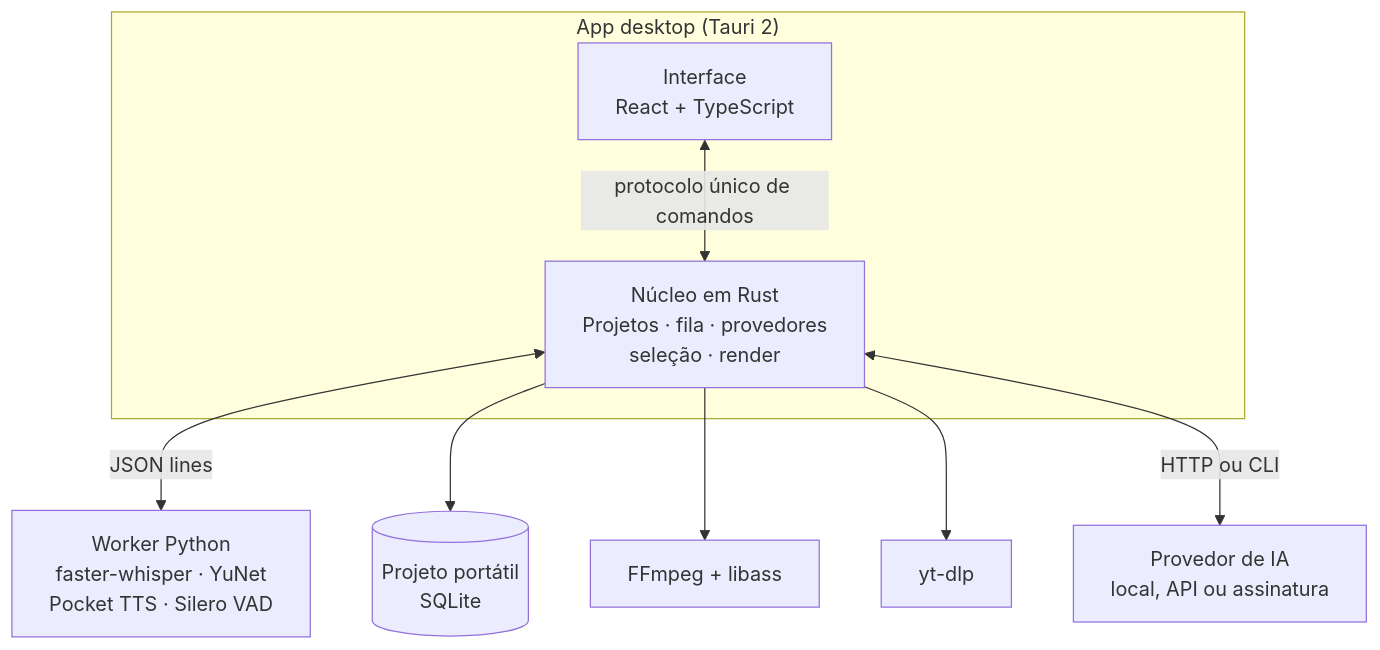
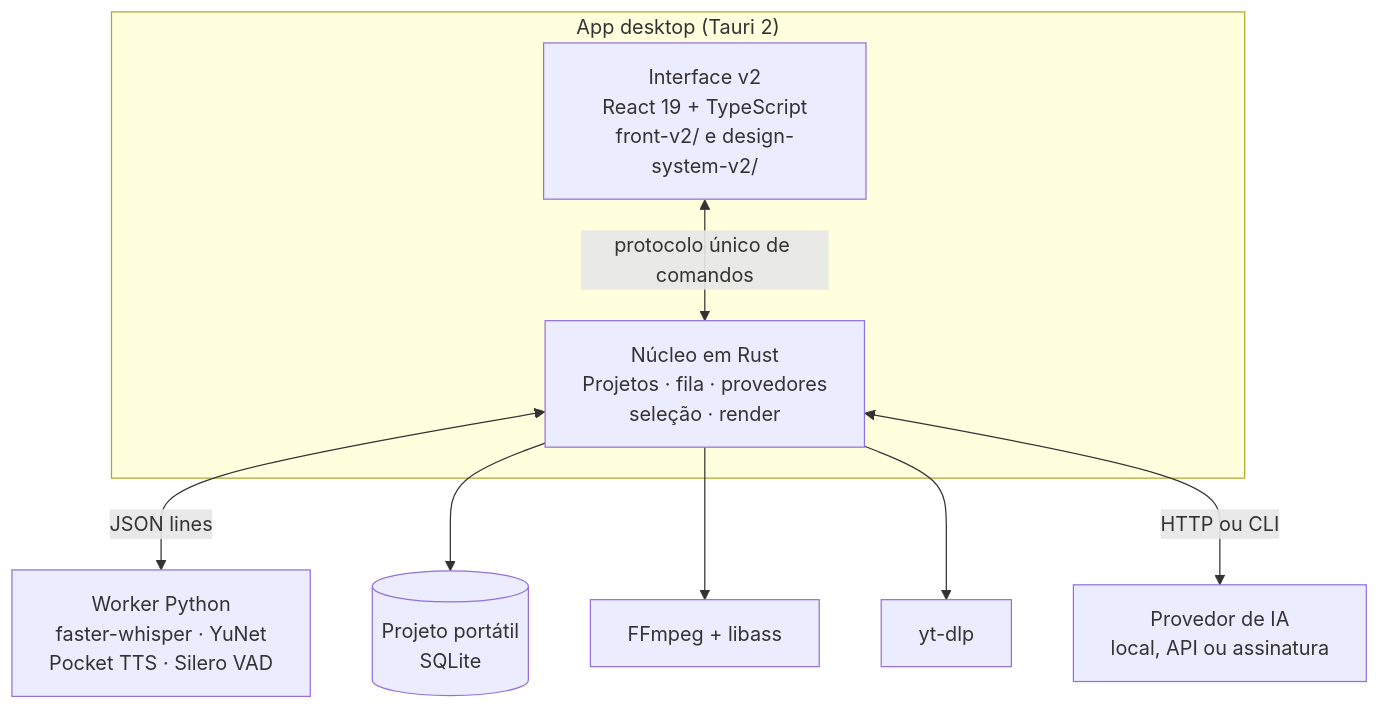
The second of 2 diagrams in README.md (GUSTAVOHOOO/clipes), drawn with Mermaid before and after one commit. The commit also changed other lines of this file and 2 other files, not shown here.

````diff
--- a/README.md
+++ b/README.md
@@ -214,13 +274,13 @@
 ```mermaid
 flowchart TB
     subgraph app["App desktop (Tauri 2)"]
-        UI["Interface<br/>React + TypeScript"]
+        UI["Interface v2<br/>React 19 + TypeScript<br/>front-v2/ e design-system-v2/"]
         CORE["Núcleo em Rust<br/>Projetos · fila · provedores<br/>seleção · render"]
         UI <-->|"protocolo único de comandos"| CORE
     end
     CORE <-->|"JSON lines"| WK["Worker Python<br/>faster-whisper · YuNet<br/>Pocket TTS · Silero VAD"]
     CORE --> DB[("Projeto portátil<br/>SQLite")]
     CORE --> FF["FFmpeg + libass"]
     CORE --> YT["yt-dlp"]
     CORE <-->|"HTTP ou CLI"| AI["Provedor de IA<br/>local, API ou assinatura"]
 ```
````
